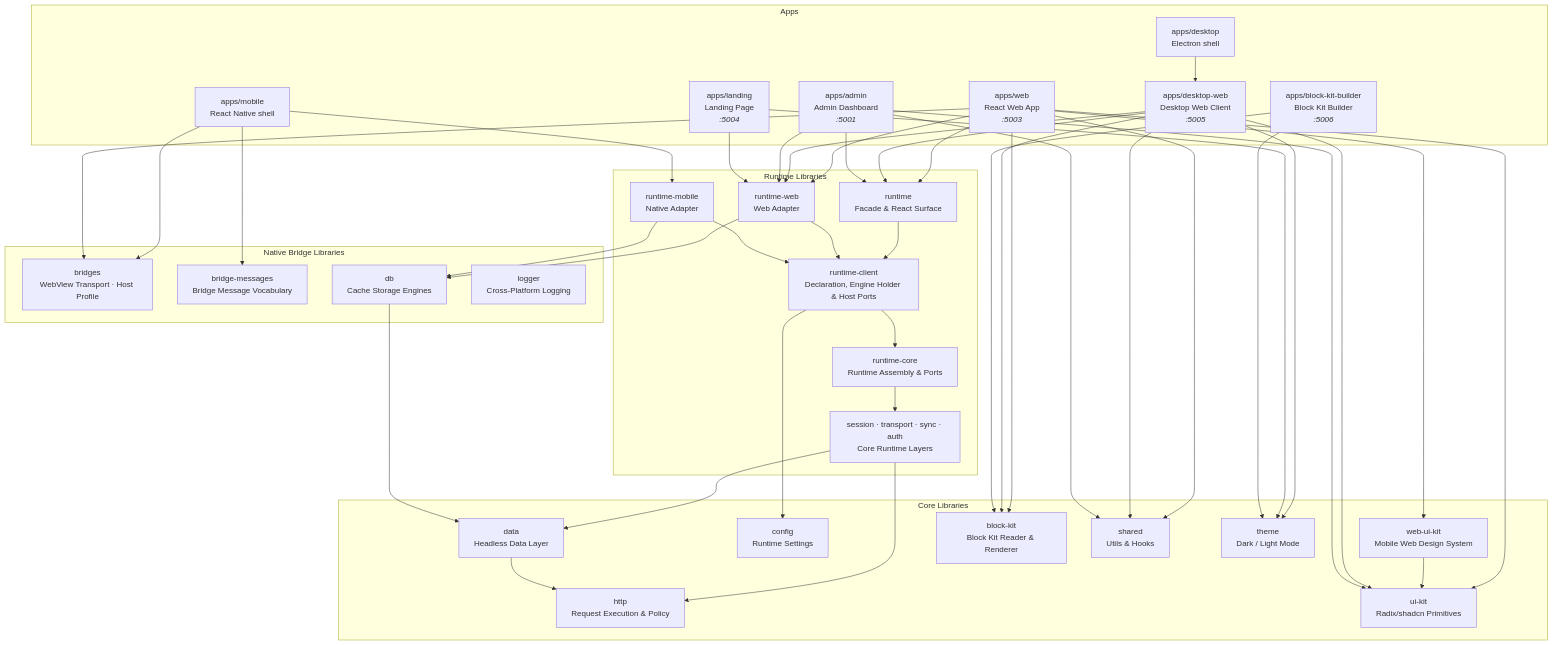
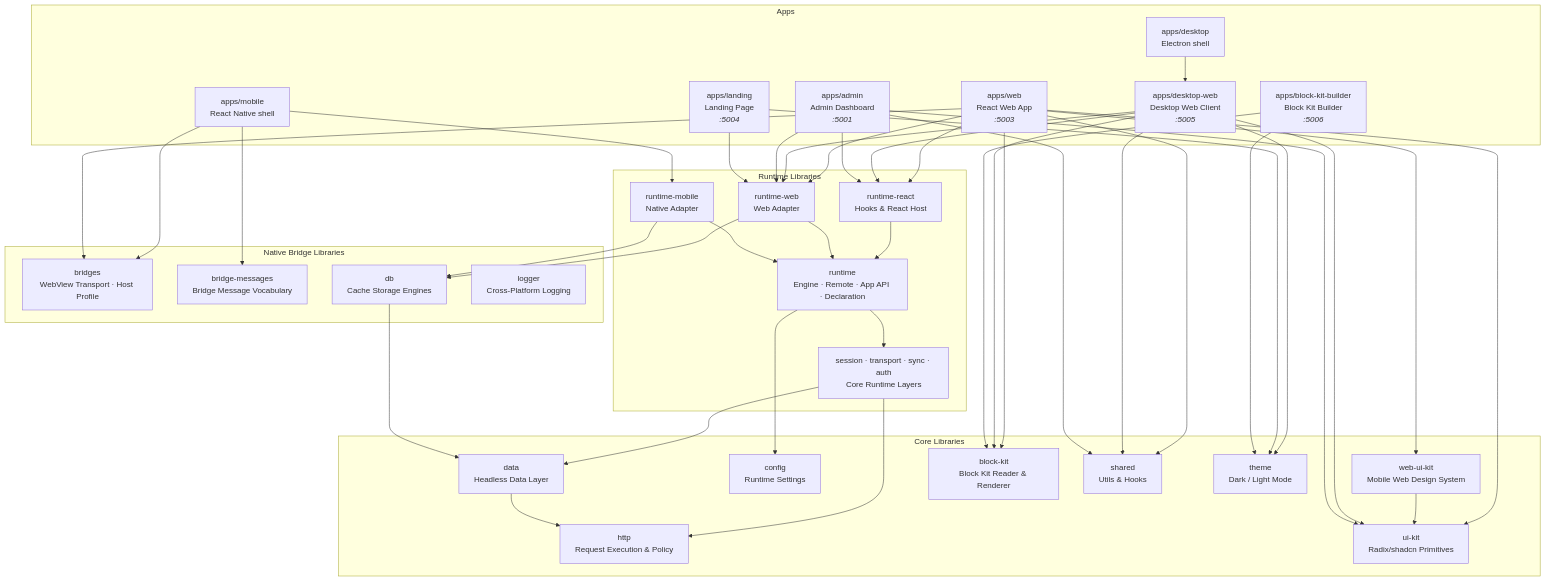
Before and after one commit to lemoncloud-io/dou-app: the diagram in README.md, drawn with Mermaid. The commit also changed other lines of this file and 358 other files, not shown here.

First line of the commit message:
refactor(runtime,runtime-core,runtime-client): fold the engine and the client into @chatic/runtime

````diff
--- a/README.md
+++ b/README.md
@@ -90,59 +90,57 @@
 ```mermaid
 graph TB
     subgraph Apps
         WEB["apps/web<br/>React Web App<br/><i>:5003</i>"]
         ADMIN["apps/admin<br/>Admin Dashboard<br/><i>:5001</i>"]
         LANDING["apps/landing<br/>Landing Page<br/><i>:5004</i>"]
         DESKWEB["apps/desktop-web<br/>Desktop Web Client<br/><i>:5005</i>"]
         BKB["apps/block-kit-builder<br/>Block Kit Builder<br/><i>:5006</i>"]
         MOBILE["apps/mobile<br/>React Native shell"]
         DESKTOP["apps/desktop<br/>Electron shell"]
     end
 
     subgraph Core["Core Libraries"]
         DATA["data<br/>Headless Data Layer"]
         HTTP["http<br/>Request Execution & Policy"]
         CONFIG["config<br/>Runtime Settings"]
         UIKIT["ui-kit<br/>Radix/shadcn Primitives"]
         WEBUIKIT["web-ui-kit<br/>Mobile Web Design System"]
         BLOCKKIT["block-kit<br/>Block Kit Reader & Renderer"]
         SHARED["shared<br/>Utils & Hooks"]
         THEME["theme<br/>Dark / Light Mode"]
     end
 
     subgraph Runtime["Runtime Libraries"]
-        RUNTIME["runtime<br/>Facade & React Surface"]
-        RCLIENT["runtime-client<br/>Declaration, Engine Holder & Host Ports"]
-        RCORE["runtime-core<br/>Runtime Assembly & Ports"]
+        RUNTIME["runtime<br/>Engine · Remote · App API · Declaration"]
+        RREACT["runtime-react<br/>Hooks & React Host"]
         RWEB["runtime-web<br/>Web Adapter"]
         RMOBILE["runtime-mobile<br/>Native Adapter"]
         LAYERS["session · transport · sync · auth<br/>Core Runtime Layers"]
     end
 
     subgraph Native["Native Bridge Libraries"]
         BRIDGES["bridges<br/>WebView Transport · Host Profile"]
         APPMSG["bridge-messages<br/>Bridge Message Vocabulary"]
         DB["db<br/>Cache Storage Engines"]
         LOGGER["logger<br/>Cross-Platform Logging"]
     end
 
     MOBILE --> BRIDGES & APPMSG
     DESKTOP --> DESKWEB
     WEB --> UIKIT & WEBUIKIT & SHARED
     WEBUIKIT --> UIKIT
     WEB & DESKWEB & BKB --> BLOCKKIT
-    WEB --> RUNTIME & BRIDGES
-    DESKWEB --> UIKIT & SHARED & THEME & RUNTIME
-    ADMIN --> UIKIT & SHARED & RUNTIME
+    WEB --> RREACT & BRIDGES
+    DESKWEB --> UIKIT & SHARED & THEME & RREACT
+    ADMIN --> UIKIT & SHARED & RREACT
     LANDING & BKB --> THEME
-    RUNTIME --> RCLIENT
-    RCLIENT --> RCORE & CONFIG
-    RCORE --> LAYERS
+    RREACT --> RUNTIME
+    RUNTIME --> LAYERS & CONFIG
     LAYERS --> DATA & HTTP
     WEB & DESKWEB & ADMIN & LANDING --> RWEB
     MOBILE --> RMOBILE
-    RWEB & RMOBILE --> RCLIENT
+    RWEB & RMOBILE --> RUNTIME
     DATA --> HTTP
     RWEB & RMOBILE --> DB
     DB --> DATA
 ```
````
